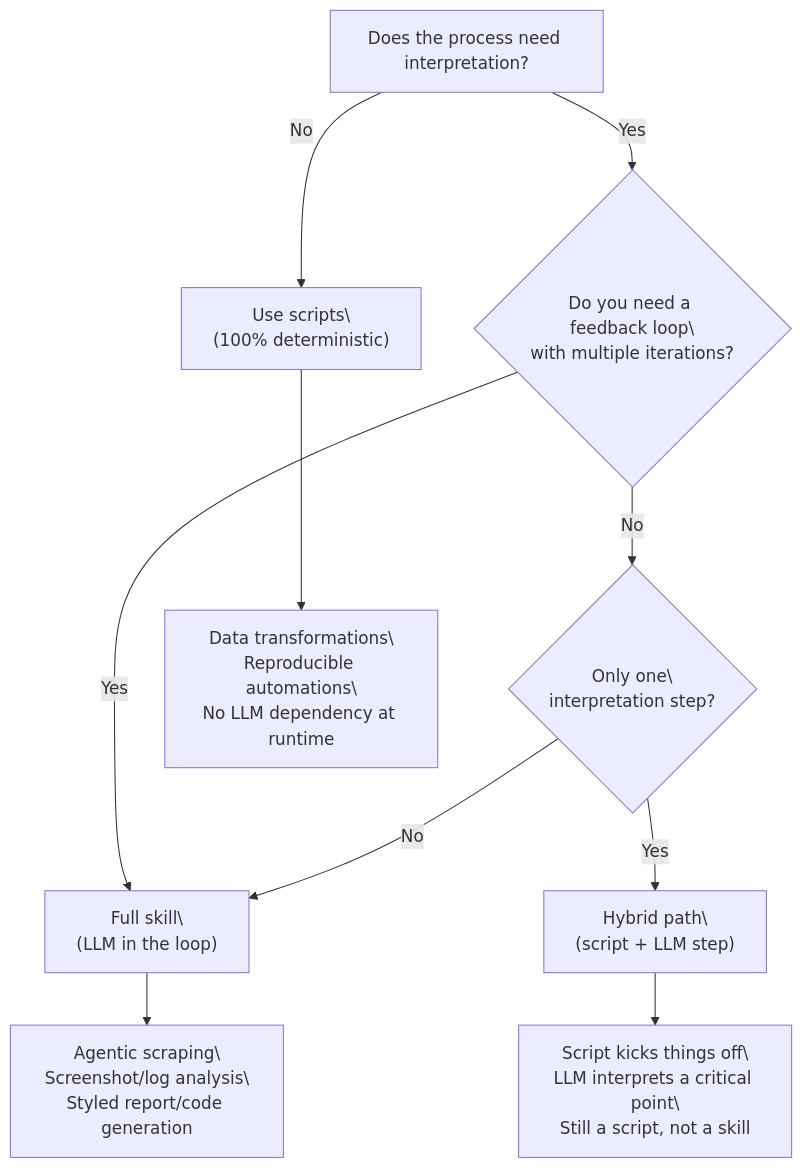
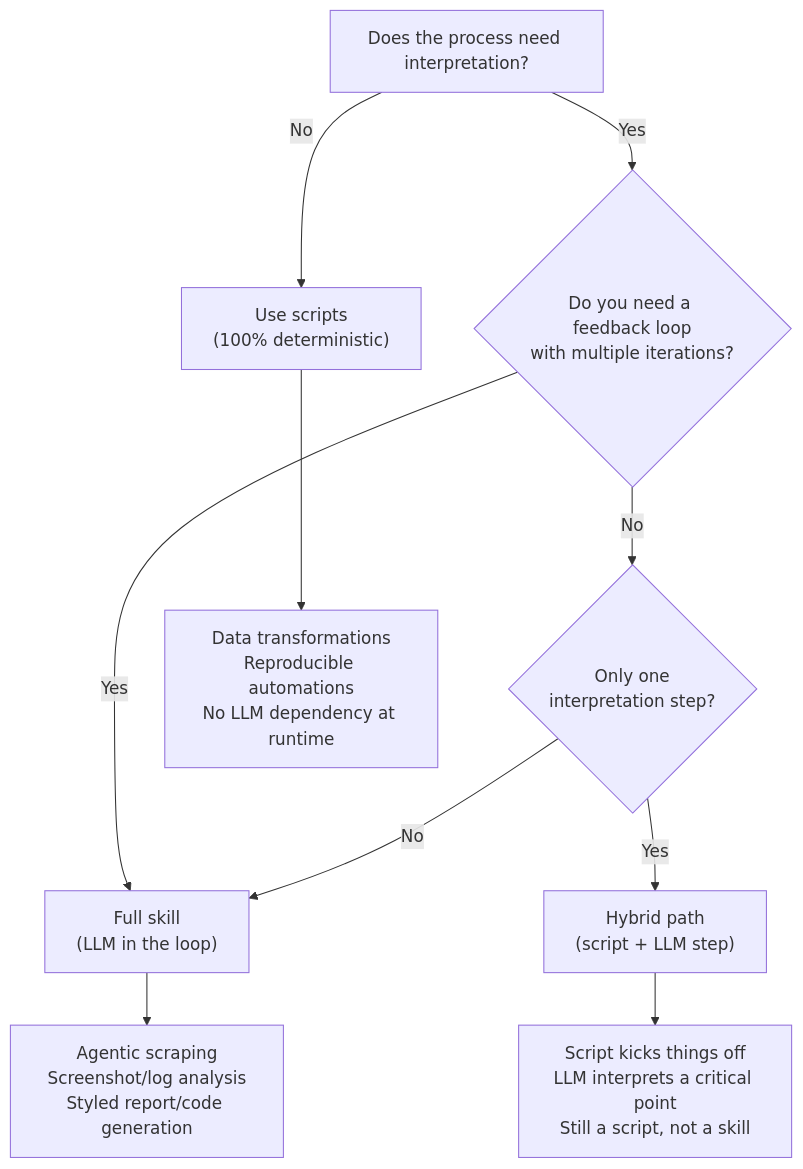
Before and after one commit to mig8447/mig8447.github.io: the diagram in _posts/2026-03-06-ai-skills-vs-scripts.md, drawn with Mermaid. The commit also changed other lines of this file and 1 other file, not shown here.

Commit message:
fix: add abstract and fix diagram

````diff
--- a/_posts/2026-03-06-ai-skills-vs-scripts.md
+++ b/_posts/2026-03-06-ai-skills-vs-scripts.md
@@ -20,14 +20,14 @@
-<div class="mermaid">
+```mermaid
 flowchart TD
     Start[Does the process need interpretation?]
-    Start -- No --> Scripts["Use scripts\\n(100% deterministic)"]
-    Start -- Yes --> Loop{"Do you need a feedback loop\\nwith multiple iterations?"}
-    Loop -- Yes --> Skill["Full skill\\n(LLM in the loop)"]
-    Loop -- No --> Hybrid{"Only one\\ninterpretation step?"}
-    Hybrid -- Yes --> HybridPath["Hybrid path\\n(script + LLM step)"]
+    Start -- No --> Scripts["Use scripts\n(100% deterministic)"]
+    Start -- Yes --> Loop{"Do you need a feedback loop\nwith multiple iterations?"}
+    Loop -- Yes --> Skill["Full skill\n(LLM in the loop)"]
+    Loop -- No --> Hybrid{"Only one\ninterpretation step?"}
+    Hybrid -- Yes --> HybridPath["Hybrid path\n(script + LLM step)"]
     Hybrid -- No --> Skill
 
-    Scripts --> Notes1["Data transformations\\nReproducible automations\\nNo LLM dependency at runtime"]
-    Skill --> Notes2["Agentic scraping\\nScreenshot/log analysis\\nStyled report/code generation"]
-    HybridPath --> Notes3["Script kicks things off\\nLLM interprets a critical point\\nStill a script, not a skill"]
-</div>
+    Scripts --> Notes1["Data transformations\nReproducible automations\nNo LLM dependency at runtime"]
+    Skill --> Notes2["Agentic scraping\nScreenshot/log analysis\nStyled report/code generation"]
+    HybridPath --> Notes3["Script kicks things off\nLLM interprets a critical point\nStill a script, not a skill"]
+```
````
